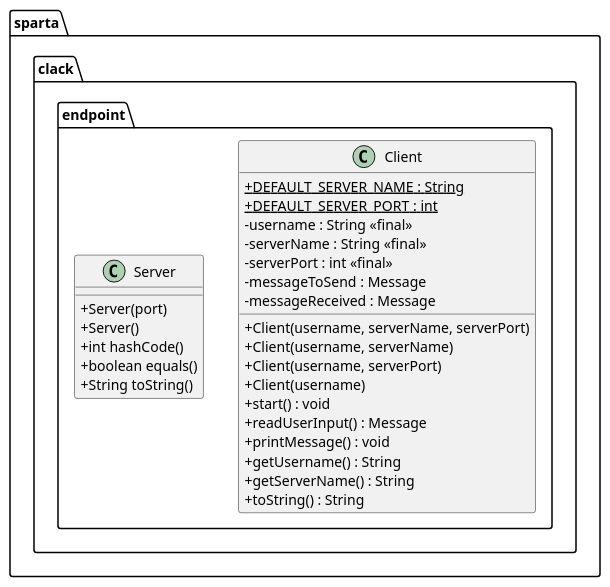
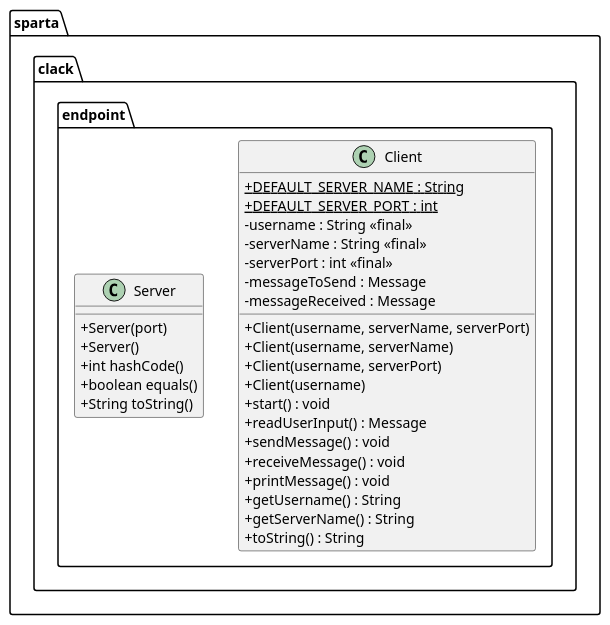
Before and after one commit to servusdei2018/clack: the diagram in design/endpoint_design.puml, drawn with PlantUML.

Commit message:
design: update PUML

```diff
--- a/design/endpoint_design.puml
+++ b/design/endpoint_design.puml
@@ -1,54 +1,54 @@
 @startuml
 skinparam classAttributeIconSize 0
 
 package sparta.clack.endpoint {
 /'
     Endpoint <|-- Client
     Endpoint <|-- Server
 
     abstract class Endpoint {
         + {static} int DEFAULT_PORT
         - int port
         - message.Message messageReceived
         - message.Message messageToSend
         - boolean isClosed
         + void receiveMessage()
         + void sendMessage()
         + int getPort()
         + void start()
         + {abstract} boolean equals(Object)
         + {abstract} int hashCode()
         + {abstract} String toString()
     }
 '/
     class Client {
         + {static} DEFAULT_SERVER_NAME : String
         + {static} DEFAULT_SERVER_PORT : int
         - username : String <<final>>
         - serverName : String <<final>>
         - serverPort : int <<final>>
         - messageToSend : Message
         - messageReceived : Message
         + Client(username, serverName, serverPort)
         + Client(username, serverName)
         + Client(username, serverPort)
         + Client(username)
         + start() : void
         + readUserInput() : Message
-    '   + sendMessage() : void
-    '   + receiveMessage() : void
+        + sendMessage() : void
+        + receiveMessage() : void
         + printMessage() : void
         + getUsername() : String
         + getServerName() : String
         + toString() : String
     }
 
     class sparta.clack.endpoint.Server {
         + Server(port)
         + Server()
         + int hashCode()
         + boolean equals()
         + String toString()
     }
 }
 @enduml
```
